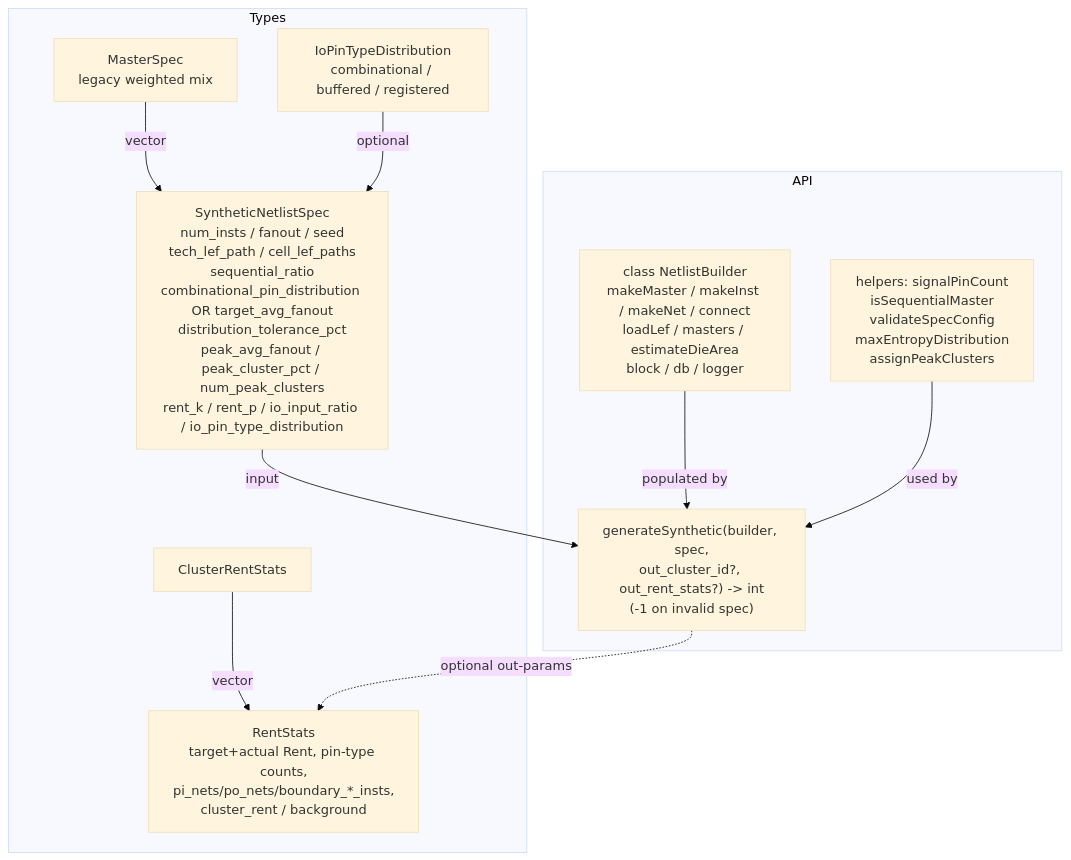
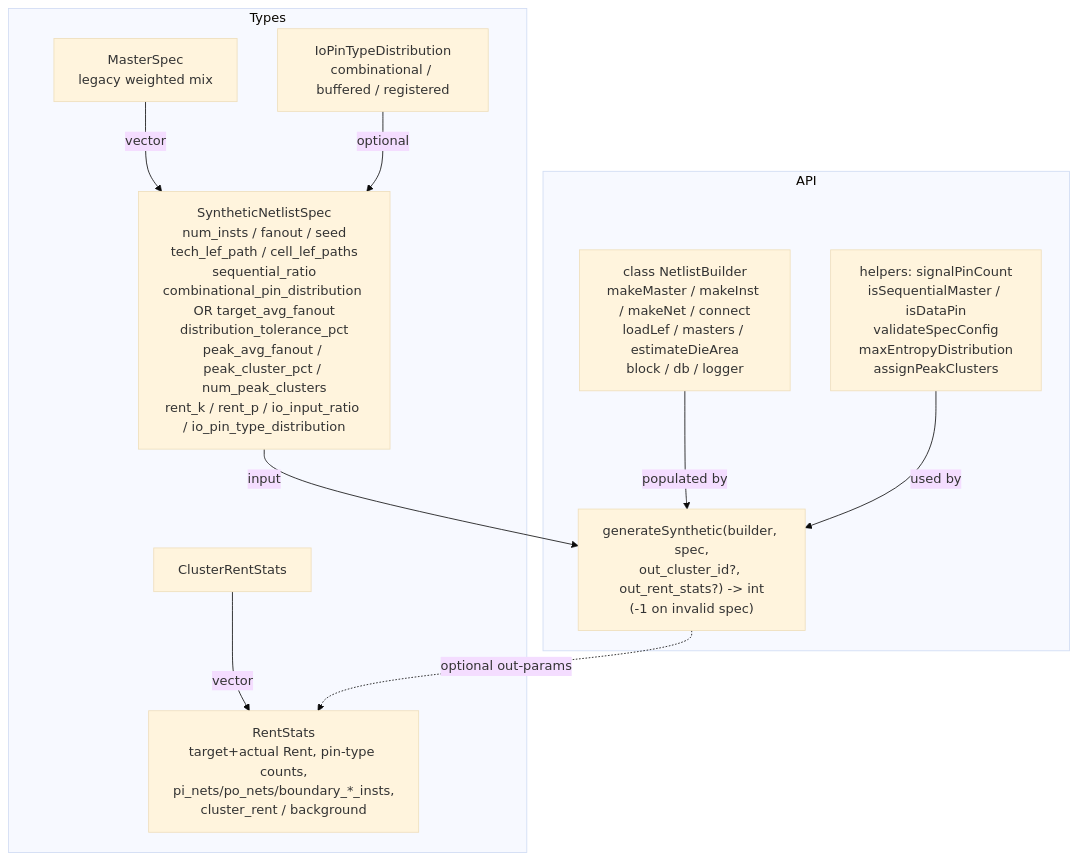
The first of 17 diagrams in src/engines/netlistgen/FLOW.md (rfive88/eda-lab), drawn with Mermaid (base theme) before and after one commit. The commit also changed other lines of this file and 10 other files, not shown here.

First line of the commit message:
netlistgen: enforce D/Q-only sequential pin constraint and audit well-formedness

````diff
--- a/src/engines/netlistgen/FLOW.md
+++ b/src/engines/netlistgen/FLOW.md
@@ -58,22 +70,22 @@
 ```mermaid
 graph TD
   subgraph Types
     MS[MasterSpec<br/>legacy weighted mix]
     IOD[IoPinTypeDistribution<br/>combinational / buffered / registered]
     SP[SyntheticNetlistSpec<br/>num_insts / fanout / seed<br/>tech_lef_path / cell_lef_paths<br/>sequential_ratio<br/>combinational_pin_distribution OR target_avg_fanout<br/>distribution_tolerance_pct<br/>peak_avg_fanout / peak_cluster_pct / num_peak_clusters<br/>rent_k / rent_p / io_input_ratio / io_pin_type_distribution]
     MS -->|"vector<MasterSpec>"| SP
     IOD -->|"optional"| SP
     CRS[ClusterRentStats]
     RS[RentStats<br/>target+actual Rent, pin-type counts,<br/>pi_nets/po_nets/boundary_*_insts,<br/>cluster_rent / background]
     CRS -->|"vector"| RS
   end
   subgraph API
     NB[class NetlistBuilder<br/>makeMaster / makeInst / makeNet / connect<br/>loadLef / masters / estimateDieArea<br/>block / db / logger]
     GS["generateSynthetic(builder, spec,<br/>out_cluster_id?, out_rent_stats?) -> int<br/>(-1 on invalid spec)"]
-    H[helpers: signalPinCount<br/>isSequentialMaster<br/>validateSpecConfig<br/>maxEntropyDistribution<br/>assignPeakClusters]
+    H[helpers: signalPinCount<br/>isSequentialMaster / isDataPin<br/>validateSpecConfig<br/>maxEntropyDistribution<br/>assignPeakClusters]
   end
   SP -->|input| GS
   NB -->|populated by| GS
   H -->|used by| GS
   GS -.->|"optional out-params"| RS
 ```
````
